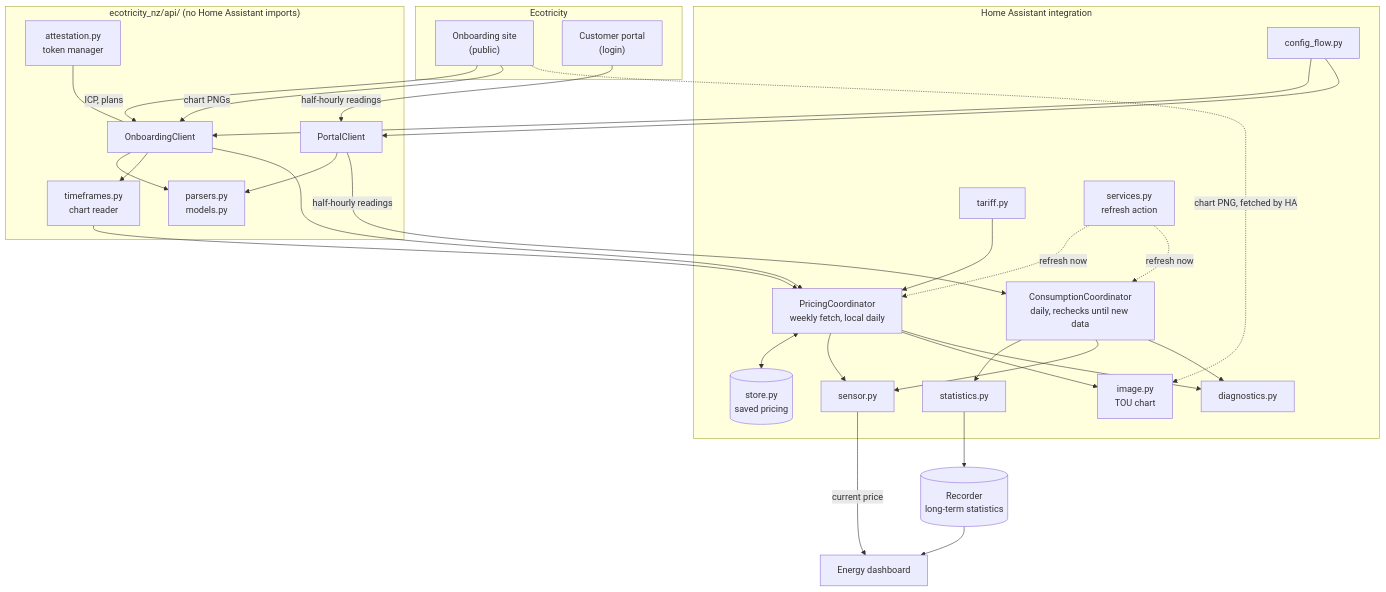
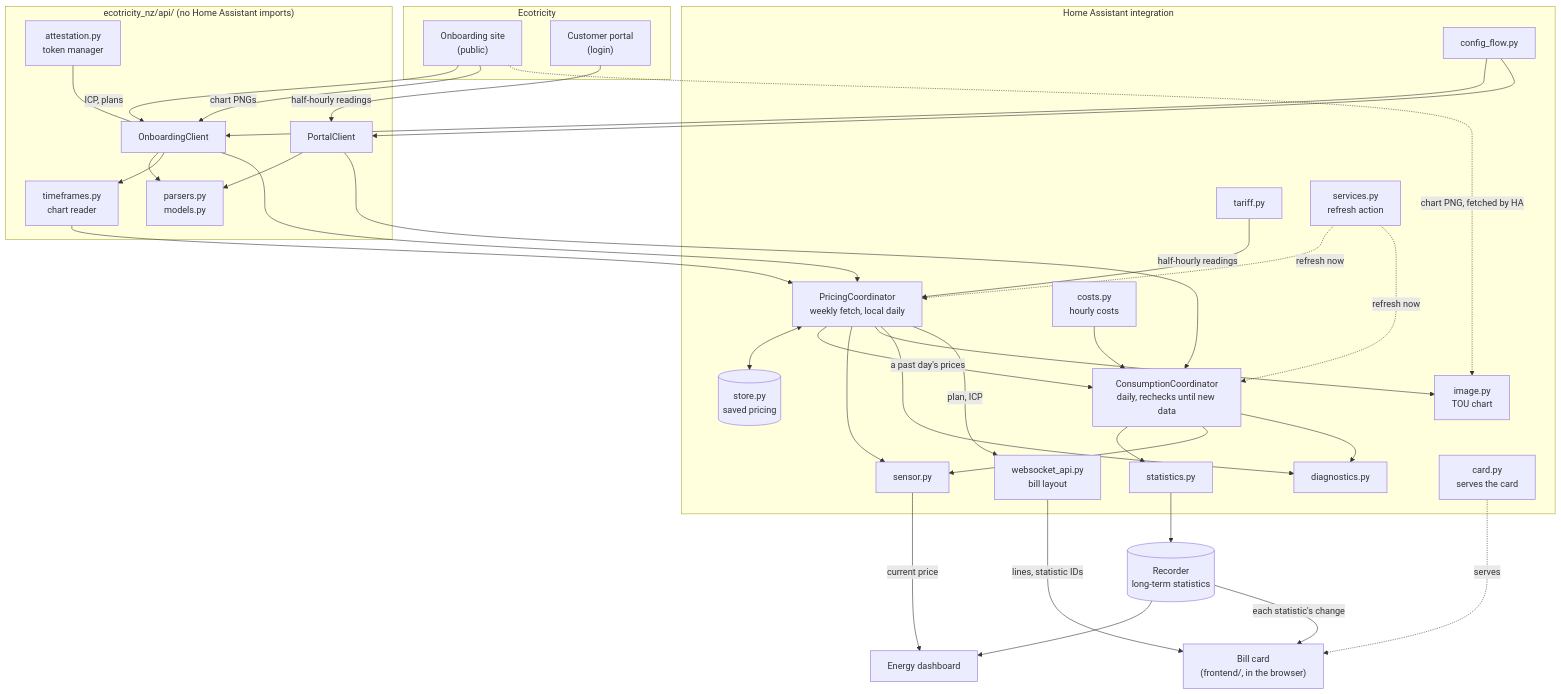
Before and after one commit to rhyskoedijk/ha-ecotricity-nz: the first of 5 diagrams in docs/architecture.md, drawn with Mermaid. The commit also changed other lines of this file and 82 other files, not shown here.

````diff
--- a/docs/architecture.md
+++ b/docs/architecture.md
@@ -7,58 +7,69 @@
 ```mermaid
 flowchart TB
 
     subgraph Ecotricity
         OB["Onboarding site<br/>(public)"]
         PT["Customer portal<br/>(login)"]
     end
 
     subgraph api["ecotricity_nz/api/ (no Home Assistant imports)"]
         AT["attestation.py<br/>token manager"]
         OC["OnboardingClient"]
         PC["PortalClient"]
         TF["timeframes.py<br/>chart reader"]
         PA["parsers.py<br/>models.py"]
     end
 
     subgraph ha["Home Assistant integration"]
         CF["config_flow.py"]
         PCO["PricingCoordinator<br/>weekly fetch, local daily"]
         PS[("store.py<br/>saved pricing")]
         CCO["ConsumptionCoordinator<br/>daily, rechecks until new data"]
         TA["tariff.py"]
+        CO["costs.py<br/>hourly costs"]
         ST["statistics.py"]
         SE["sensor.py"]
         IM["image.py<br/>TOU chart"]
         DG["diagnostics.py"]
         SV["services.py<br/>refresh action"]
+        WS["websocket_api.py<br/>bill layout"]
+        CA["card.py<br/>serves the card"]
     end
+
+    CARD["Bill card<br/>(frontend/, in the browser)"]
 
     REC[("Recorder<br/>long-term statistics")]
     EN["Energy dashboard"]
 
     OB -- "ICP, plans" --> OC
     OB -- "chart PNGs" --> OC
     AT --- OC
     PT -- "half-hourly readings" --> PC
     OC --> PA
     PC --> PA
     OC --> TF
 
     CF --> OC
     CF --> PC
     OC --> PCO
     PCO <--> PS
     TF --> PCO
     TA --> PCO
     PC -- "half-hourly readings" --> CCO
     CCO --> ST --> REC --> EN
+    PCO -- "a past day's prices" --> CCO
+    CO --> CCO
     PCO --> SE
     PCO --> IM
     OB -. "chart PNG, fetched by HA" .-> IM
     CCO --> SE
     SE -- "current price" --> EN
     PCO --> DG
     CCO --> DG
     SV -. "refresh now" .-> PCO
     SV -. "refresh now" .-> CCO
+    PCO -- "plan, ICP" --> WS
+    WS -- "lines, statistic IDs" --> CARD
+    REC -- "each statistic's change" --> CARD
+    CA -. "serves" .-> CARD
 ```
````
